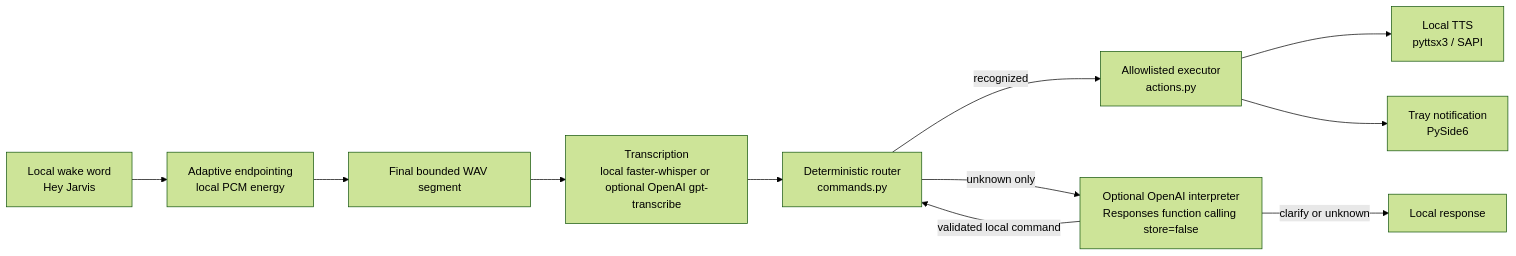
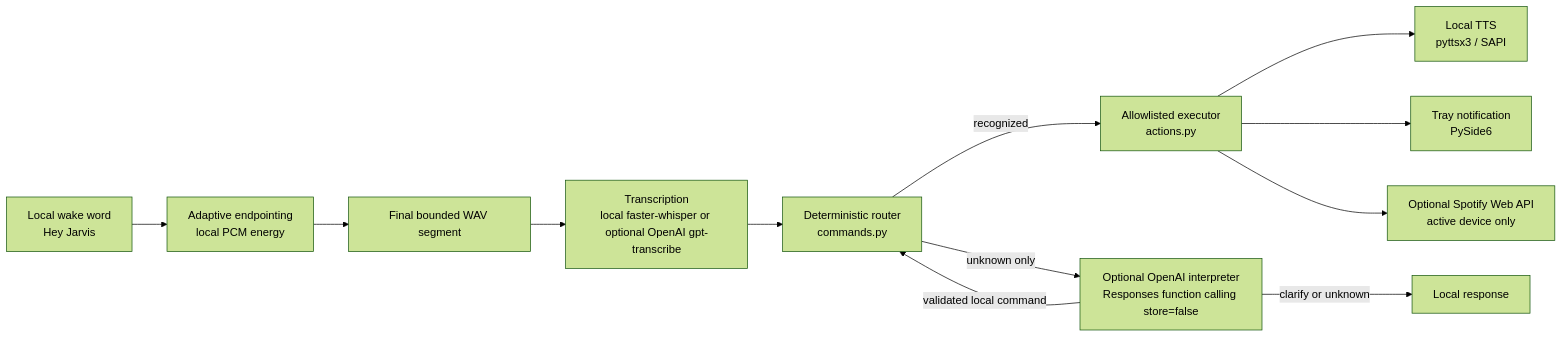
One commit to MEMOMG8/deskpilot changed the diagram in docs/architecture.md. Above: the diagram before and after it, drawn with Mermaid (forest theme). The commit also changed other lines of this file and 25 other files, not shown here.

````diff
--- a/docs/architecture.md
+++ b/docs/architecture.md
@@ -5,13 +5,14 @@
 ```mermaid
 flowchart LR
     A[Local wake word\nHey Jarvis] --> B[Adaptive endpointing\nlocal PCM energy]
     B --> C[Final bounded WAV segment]
     C --> D[Transcription\nlocal faster-whisper or optional OpenAI gpt-transcribe]
     D --> E[Deterministic router\ncommands.py]
     E -->|recognized| G[Allowlisted executor\nactions.py]
     E -->|unknown only| F[Optional OpenAI interpreter\nResponses function calling store=false]
     F -->|validated local command| E
     F -->|clarify or unknown| H[Local response]
     G --> I[Local TTS\npyttsx3 / SAPI]
     G --> J[Tray notification\nPySide6]
+    G --> K[Optional Spotify Web API\nactive device only]
 ```
````
